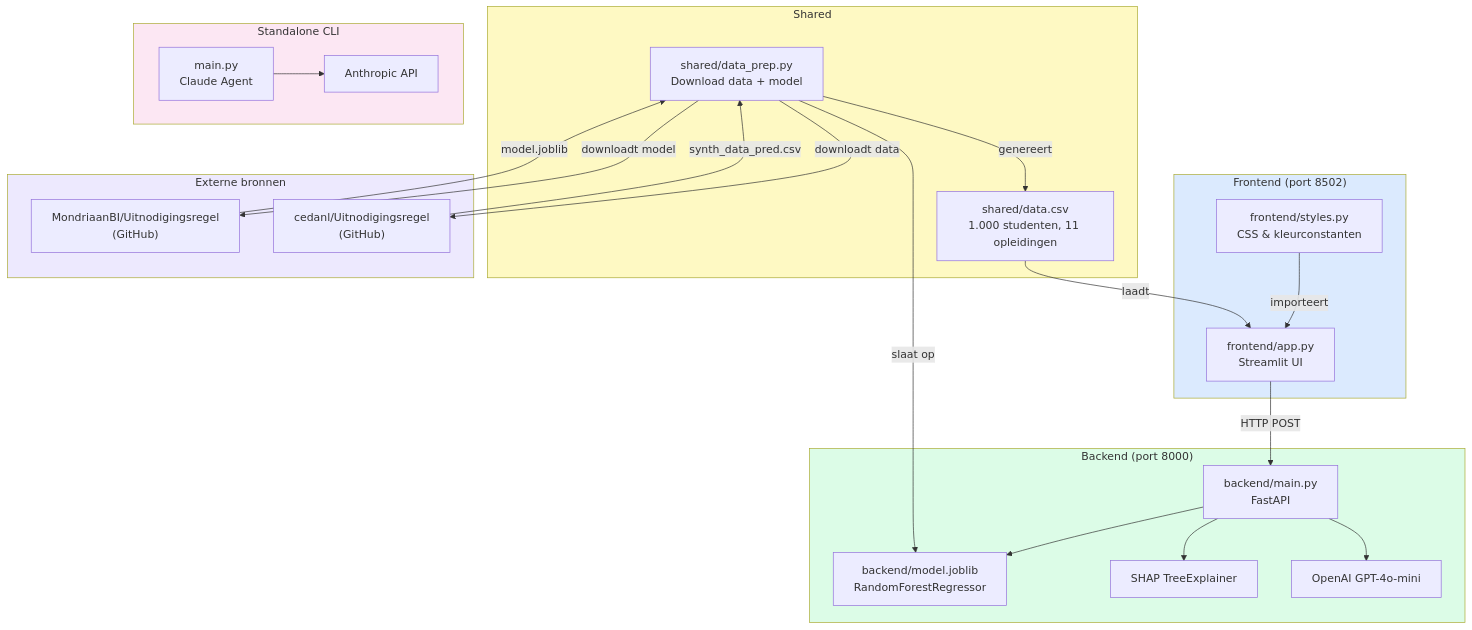
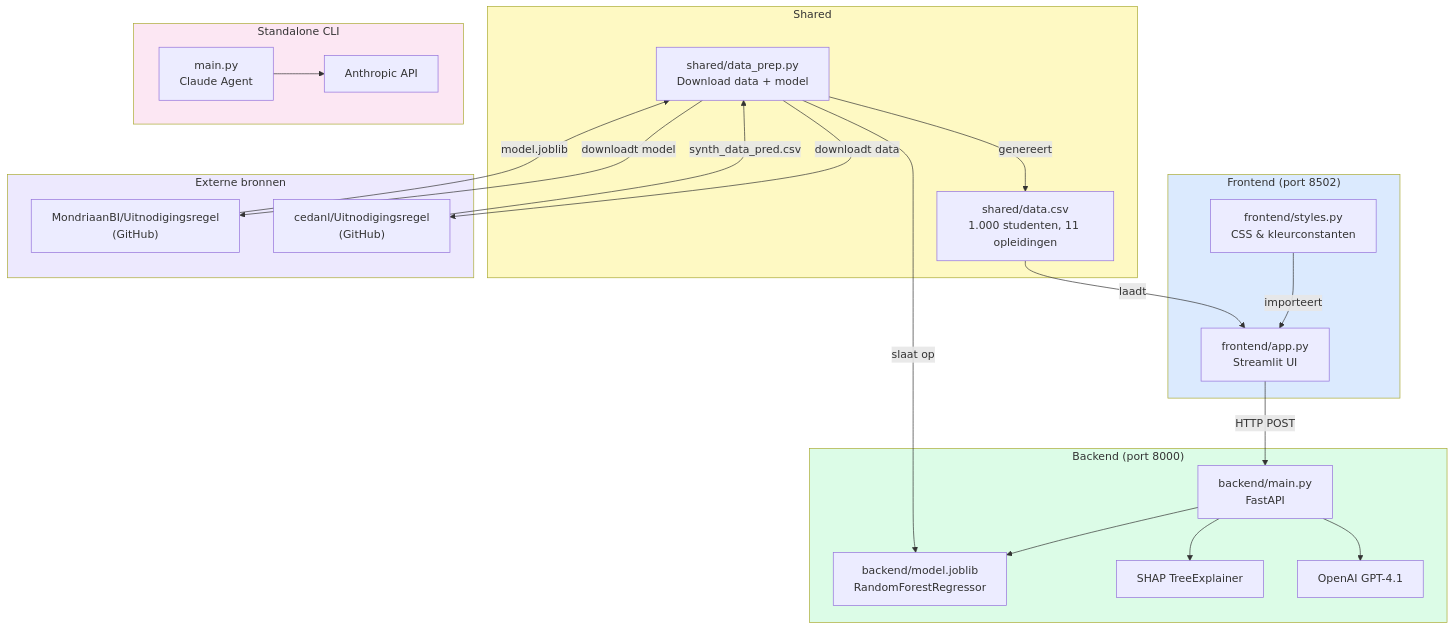
One commit to cedanl/Assistentie changed the first of 2 diagrams in 06_Conceptueel_model_architectuur_en_flow_plus_instructie_code.md. Above: the diagram before and after it, drawn with Mermaid. The commit also changed other lines of this file, not shown here.

Commit message:
Docs: conceptueel model bijgewerkt naar GPT-4.1 en Python 3.13+

````diff
--- a/06_Conceptueel_model_architectuur_en_flow_plus_instructie_code.md
+++ b/06_Conceptueel_model_architectuur_en_flow_plus_instructie_code.md
@@ -148,49 +148,49 @@
 ```mermaid
 graph TB
     subgraph Frontend["Frontend (port 8502)"]
         APP["frontend/app.py\nStreamlit UI"]
         STYLES["frontend/styles.py\nCSS & kleurconstanten"]
     end
 
     subgraph Backend["Backend (port 8000)"]
         API["backend/main.py\nFastAPI"]
         MODEL["backend/model.joblib\nRandomForestRegressor"]
         SHAP["SHAP TreeExplainer"]
-        OPENAI["OpenAI GPT-4o-mini"]
+        OPENAI["OpenAI GPT-4.1"]
     end
 
     subgraph Shared["Shared"]
         DATA["shared/data.csv\n1.000 studenten, 11 opleidingen"]
         PREP["shared/data_prep.py\nDownload data + model"]
     end
 
     subgraph Bron["Externe bronnen"]
         UITNODIG["MondriaanBI/Uitnodigingsregel\n(GitHub)"]
         CEDANL["cedanl/Uitnodigingsregel\n(GitHub)"]
     end
 
     subgraph Standalone["Standalone CLI"]
         MAIN["main.py\nClaude Agent"]
         ANTHROPIC["Anthropic API"]
     end
 
     APP -->|"HTTP POST"| API
     STYLES -->|importeert| APP
     API --> MODEL
     API --> SHAP
     API --> OPENAI
     PREP -->|"downloadt model"| UITNODIG
     PREP -->|"downloadt data"| CEDANL
     UITNODIG -->|"model.joblib"| PREP
     CEDANL -->|"synth_data_pred.csv"| PREP
     PREP -->|"genereert"| DATA
     PREP -->|"slaat op"| MODEL
     DATA -->|"laadt"| APP
     MAIN --> ANTHROPIC
 
     style Frontend fill:#dbeafe
     style Backend fill:#dcfce7
     style Shared fill:#fef9c3
     style Bron fill:#ede9fe
     style Standalone fill:#fce7f3
 ```
````
